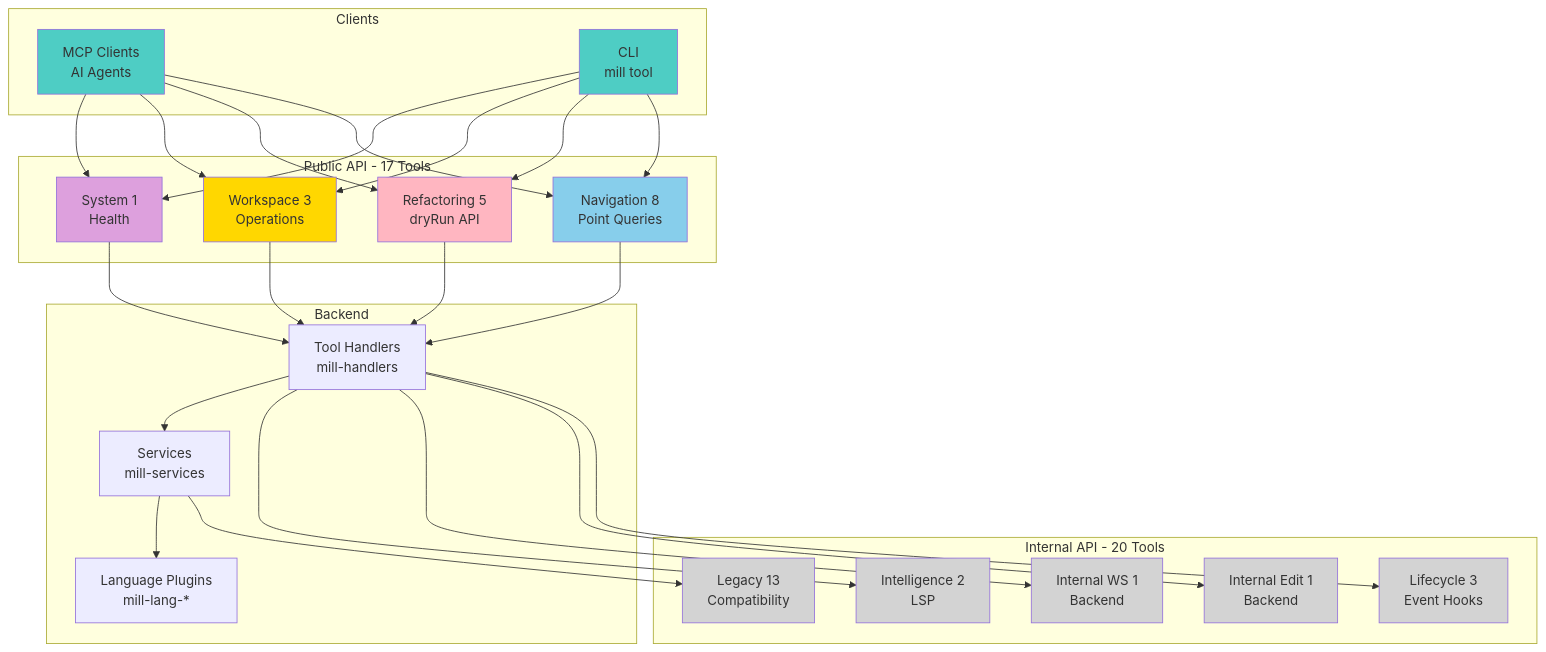
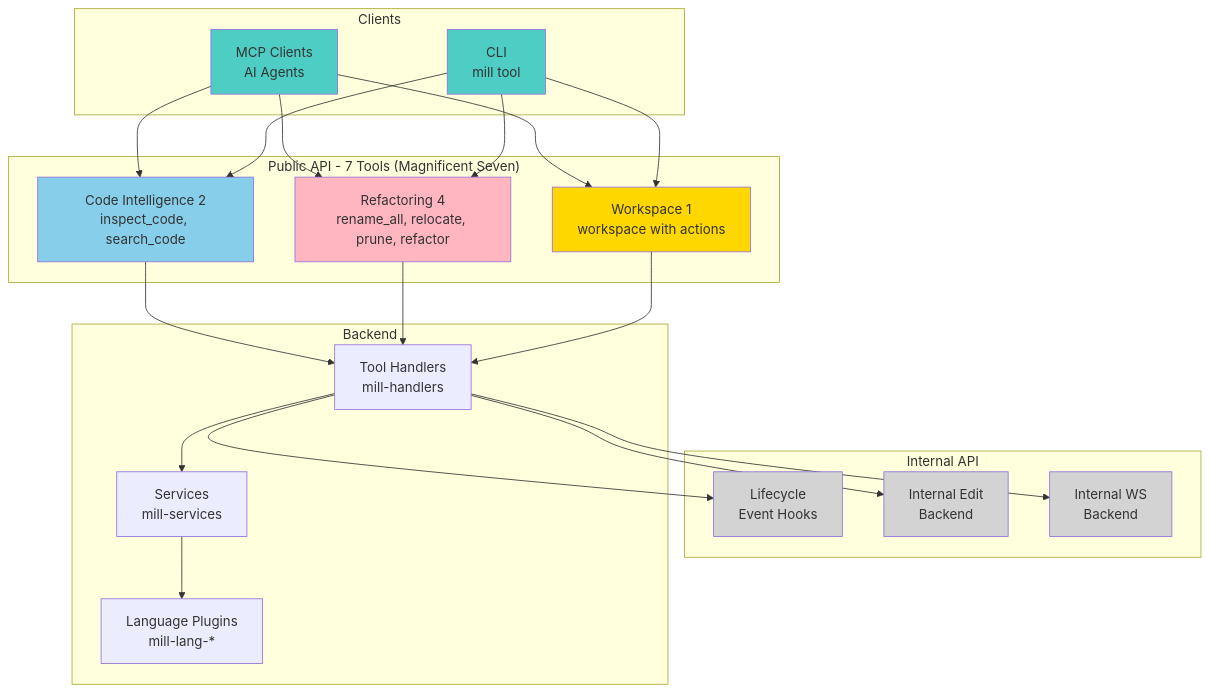
The diagram in docs/architecture/specifications.md (pleme-io/typemill), drawn with Mermaid before and after one commit. The commit also changed 7 other files, not shown here.

````diff
--- a/docs/architecture/specifications.md
+++ b/docs/architecture/specifications.md
@@ -21,64 +21,53 @@
 ```mermaid
 graph TB
-    subgraph "Public API - 17 Tools"
-        Nav[Navigation 8<br/>Point Queries]
-        Ref[Refactoring 5<br/>dryRun API]
-        Work[Workspace 3<br/>Operations]
-        Sys[System 1<br/>Health]
+    subgraph "Public API - 7 Tools (Magnificent Seven)"
+        Nav[Code Intelligence 2<br/>inspect_code, search_code]
+        Ref[Refactoring 4<br/>rename_all, relocate, prune, refactor]
+        Work[Workspace 1<br/>workspace with actions]
     end
 
-    subgraph "Internal API - 20 Tools"
-        Life[Lifecycle 3<br/>Event Hooks]
-        IntEdit[Internal Edit 1<br/>Backend]
-        IntWS[Internal WS 1<br/>Backend]
-        IntInt[Intelligence 2<br/>LSP]
-        Legacy[Legacy 13<br/>Compatibility]
+    subgraph "Internal API"
+        Life[Lifecycle<br/>Event Hooks]
+        IntEdit[Internal Edit<br/>Backend]
+        IntWS[Internal WS<br/>Backend]
     end
 
     subgraph "Clients"
         MCP[MCP Clients<br/>AI Agents]
         CLI[CLI<br/>mill tool]
     end
 
     subgraph "Backend"
         Handler[Tool Handlers<br/>mill-handlers]
         Service[Services<br/>mill-services]
         Plugin[Language Plugins<br/>mill-lang-*]
     end
 
     MCP --> Nav
     MCP --> Ref
     MCP --> Work
-    MCP --> Sys
 
     CLI --> Nav
     CLI --> Ref
     CLI --> Work
-    CLI --> Sys
 
     Handler --> Life
     Handler --> IntEdit
     Handler --> IntWS
-    Handler --> IntInt
-    Service --> Legacy
 
     Nav --> Handler
     Ref --> Handler
     Work --> Handler
-    Sys --> Handler
 
     Handler --> Service
     Service --> Plugin
 
     style Nav fill:#87CEEB
     style Ref fill:#FFB6C1
     style Work fill:#FFD700
-    style Sys fill:#DDA0DD
     style Life fill:#D3D3D3
     style IntEdit fill:#D3D3D3
     style IntWS fill:#D3D3D3
-    style IntInt fill:#D3D3D3
-    style Legacy fill:#D3D3D3
     style MCP fill:#4ECDC4
     style CLI fill:#4ECDC4
 ```
````
